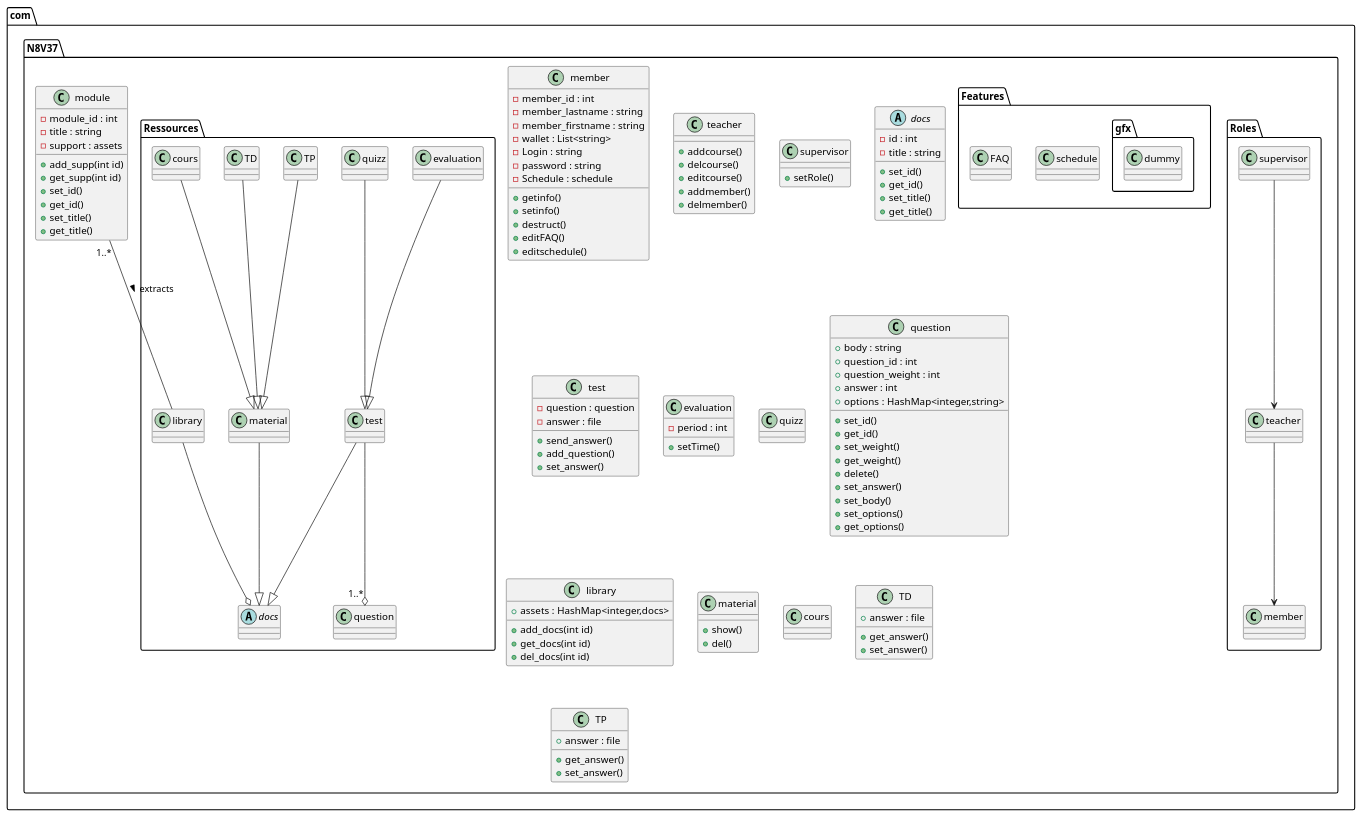
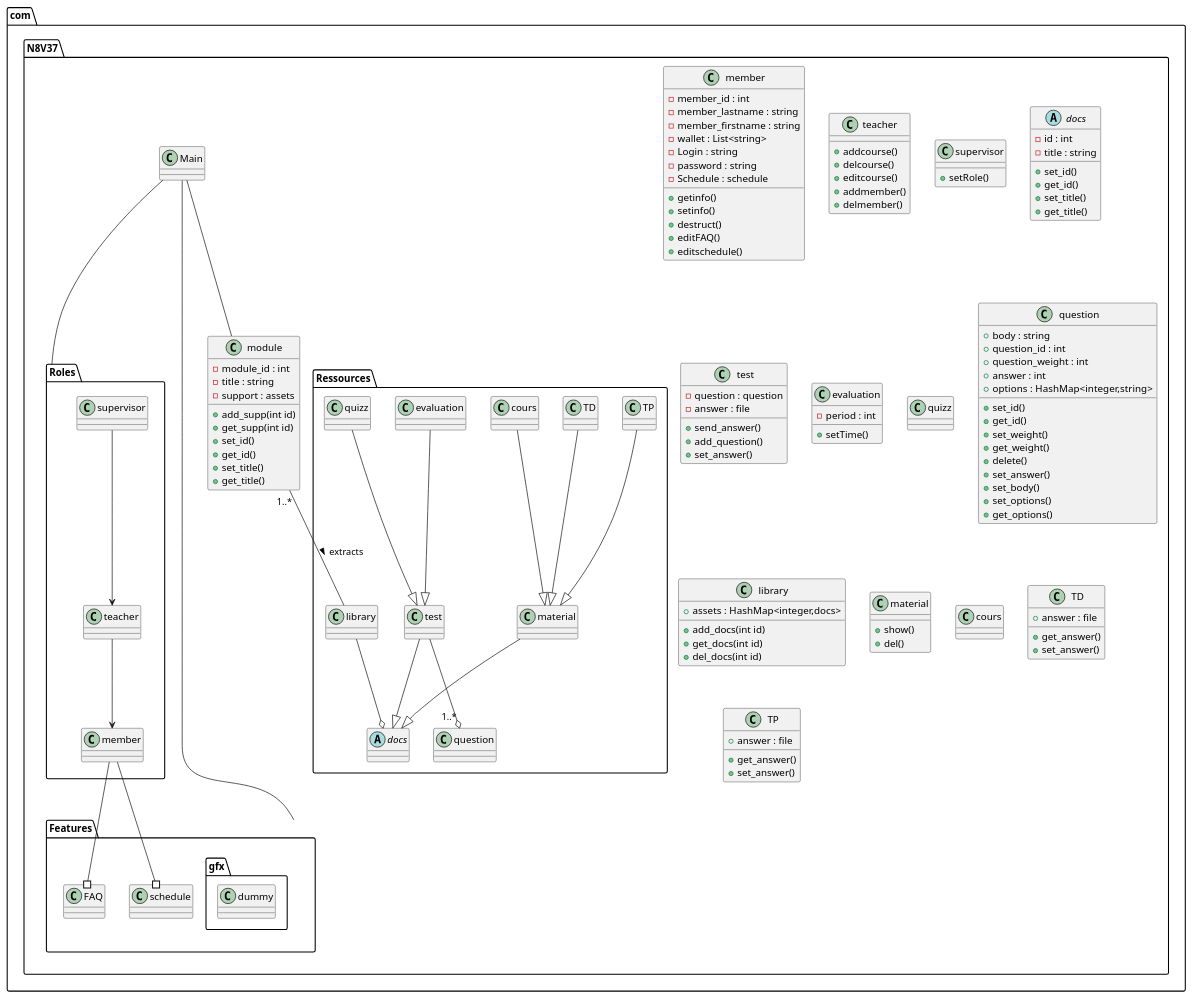
One commit to kingussopp/N8V37 changed the diagram in classes/classe.puml. Above: the diagram before and after it, drawn with PlantUML.

```diff
--- a/classes/classe.puml
+++ b/classes/classe.puml
@@ -1,137 +1,137 @@
 @startuml class_diagram
 package com.N8V37{
     /' definition of the relationship
      between classes'/
     package com.N8V37.Ressources{
 
         class library
         abstract docs
         TD --|> material        
         cours --|> material
         TP --|> material
         evaluation --|> test
         quizz --|> test
         test --o "1..*" question 
         test --|> docs 
         material --|> docs
         library --o docs     
     }
     package com.N8V37.Roles{
         supervisor --> teacher
         teacher --> member   
     }
     package com.N8V37.Features{
         class schedule
         class FAQ
         namespace gfx{
             class dummy
             }         
     }
-    /'member --# schedule
+    member --# schedule
     member --# FAQ
     Main -- com.N8V37.Roles
     Main -- module
-    Main -- com.N8V37.Features'/
+    Main -- com.N8V37.Features
     ' definition of the independent classes    
     class module{
         - module_id : int
         - title : string
         - support : assets
         + add_supp(int id)
         + get_supp(int id)
         + set_id()
         + get_id()
         + set_title()
         + get_title()
     }
     module "1..*" -- library : extracts >
     ' definition of "role" classes (done)
     class member{
         - member_id : int
         - member_lastname : string
         - member_firstname : string
         - wallet : List<string>
         - Login : string
         - password : string 
         - Schedule : schedule      
         + getinfo()
         + setinfo()
         + destruct()
         + editFAQ()
         + editschedule()
     }
     class teacher {
         + addcourse()
         + delcourse()
         + editcourse()
         + addmember()
         + delmember()       
     }
     class supervisor{
         + setRole()
     }
     ' definition of "ressources" classes
     abstract docs{
         - id : int
         - title : string
         + set_id()
         + get_id()
         + set_title()
         +get_title()
     }
     class test{
         - question : question
         - answer : file
         + send_answer()
         + add_question()
         + set_answer()
     }
     class evaluation{
         - period : int
         + setTime()
     }
     class quizz{
 
     }
     class question{
         + body : string
         + question_id : int
         + question_weight : int
         + answer : int
         + options : HashMap<integer,string> 
         + set_id()
         + get_id()
         + set_weight()
         + get_weight()
         + delete()
         + set_answer()
         + set_body()
         + set_options()
         + get_options() 
     }
     class library{
         + assets : HashMap<integer,docs>
         + add_docs(int id)
         + get_docs(int id)
         + del_docs(int id)
     }
     class material{
         + show()
         + del()
     }
     class cours{
 
     }
     class TD{
         + answer : file
         + get_answer()
         + set_answer()
     }
     class TP{
         + answer : file
         + get_answer()
         + set_answer()
     }
     ' definition of "features" classes
 }
 @enduml
```
